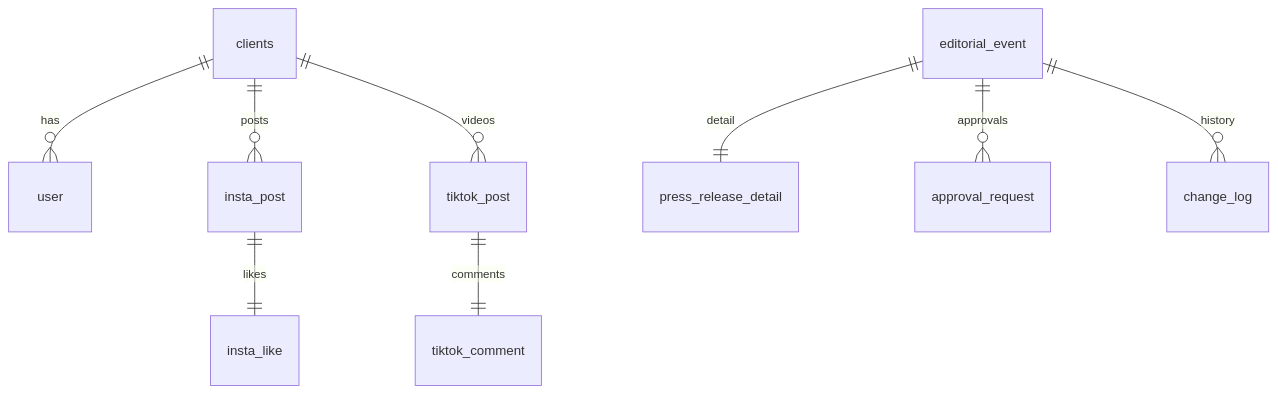
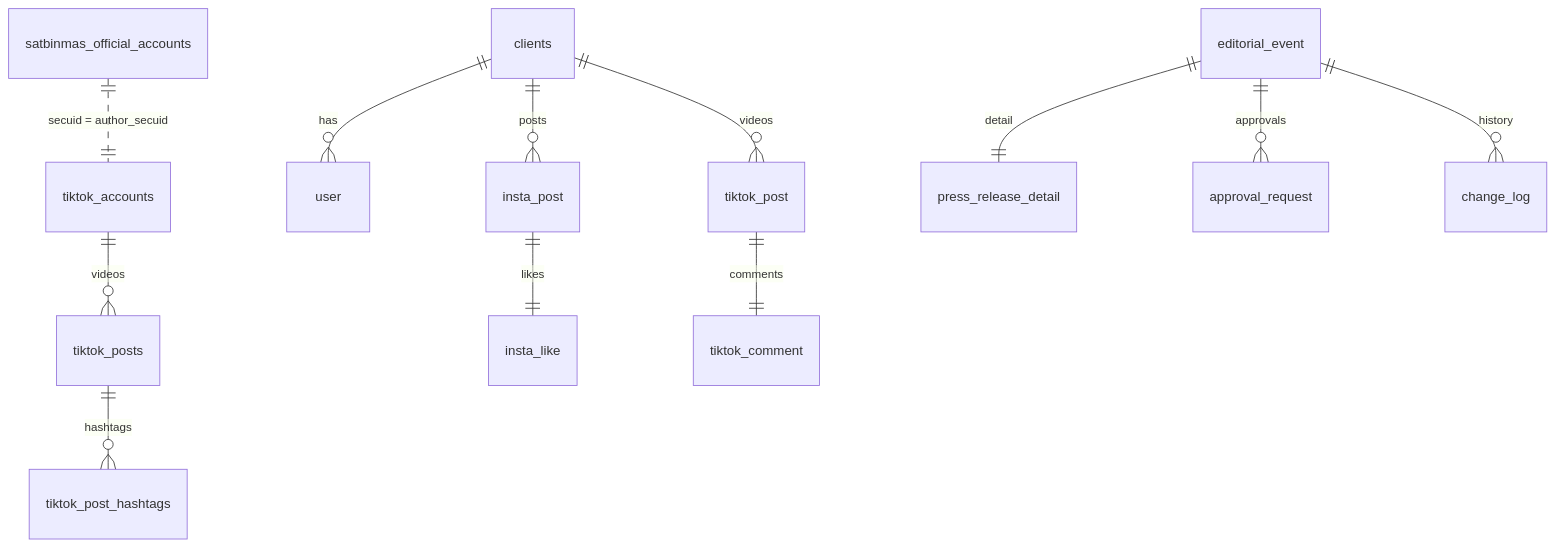
One commit to cicero78M/Cicero_V2 changed the diagram in docs/database_structure.md. Above: the diagram before and after it, drawn with Mermaid. The commit also changed other lines of this file and 3 other files, not shown here.

````diff
--- a/docs/database_structure.md
+++ b/docs/database_structure.md
@@ -270,11 +307,14 @@
 ```mermaid
 erDiagram
     clients ||--o{ user : "has"
     clients ||--o{ insta_post : "posts"
     clients ||--o{ tiktok_post : "videos"
+    satbinmas_official_accounts ||..|| tiktok_accounts : "secuid = author_secuid"
+    tiktok_accounts ||--o{ tiktok_posts : "videos"
+    tiktok_posts ||--o{ tiktok_post_hashtags : "hashtags"
     insta_post ||--|| insta_like : "likes"
     tiktok_post ||--|| tiktok_comment : "comments"
     editorial_event ||--|| press_release_detail : "detail"
     editorial_event ||--o{ approval_request : "approvals"
     editorial_event ||--o{ change_log : "history"
 ```
````
